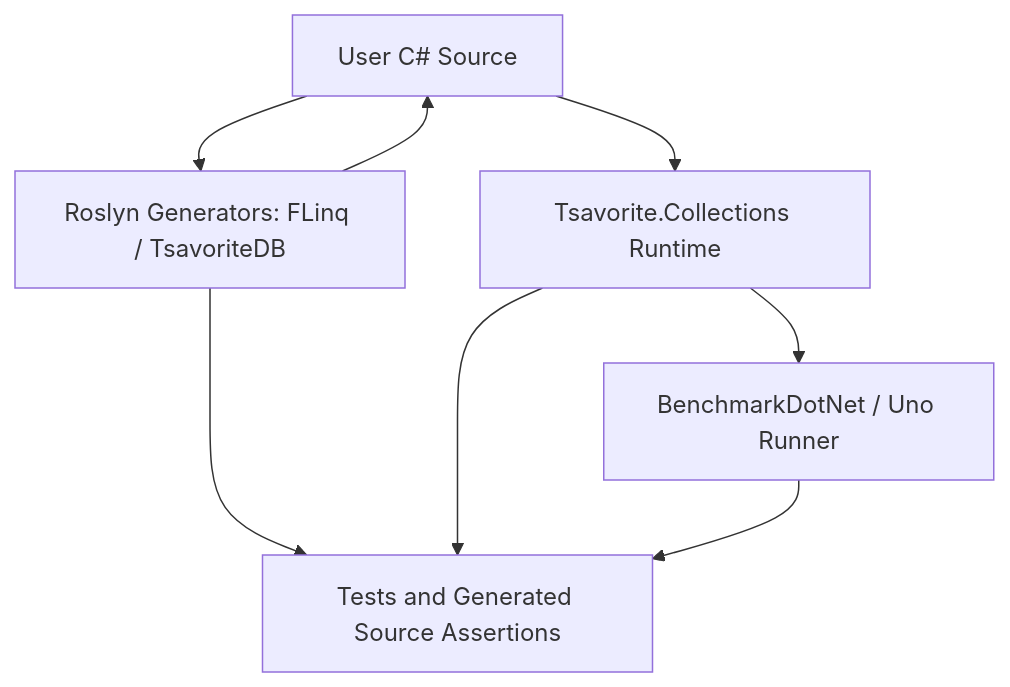
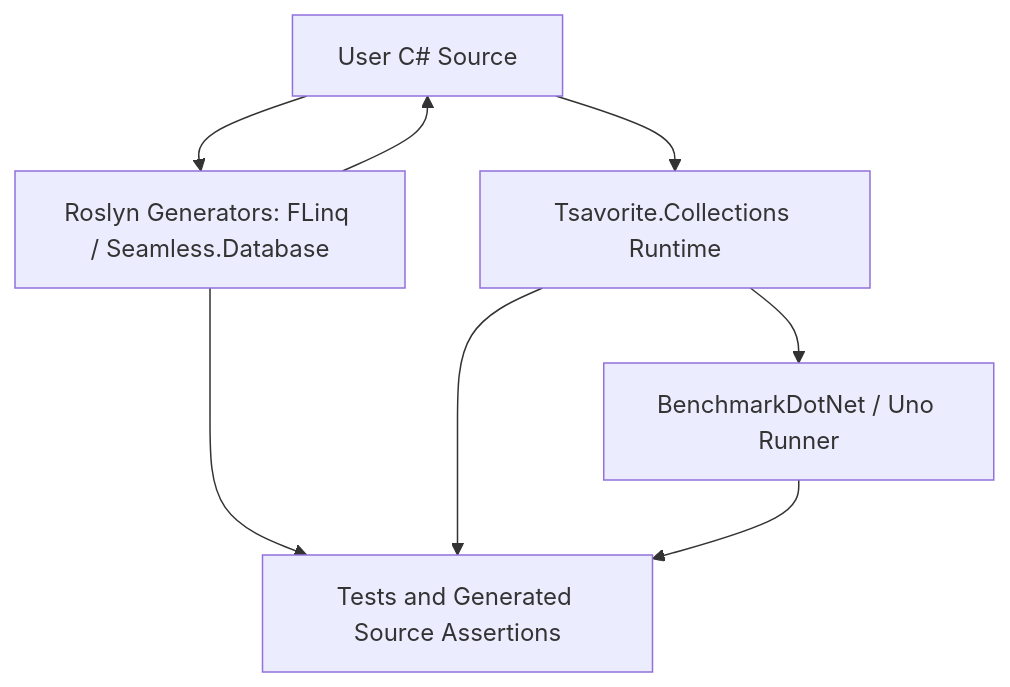
Before and after one commit to AloneCraft/Seamless: the diagram in Document/Code/Concept/CoreArchitecturePattern.md, drawn with Mermaid. The commit also changed other lines of this file and 709 other files, not shown here.

Commit message:
Chart表示

````diff
--- a/Document/Code/Concept/CoreArchitecturePattern.md
+++ b/Document/Code/Concept/CoreArchitecturePattern.md
@@ -21,16 +21,16 @@
 ```mermaid
 flowchart TD
     Source[User C# Source]
-    Generator[Roslyn Generators: FLinq / TsavoriteDB]
+    Generator[Roslyn Generators: FLinq / Seamless.Database]
     Runtime[Tsavorite.Collections Runtime]
     Tests[Tests and Generated Source Assertions]
     Bench[BenchmarkDotNet / Uno Runner]
 
     Source --> Generator
     Generator --> Source
     Source --> Runtime
     Runtime --> Bench
     Generator --> Tests
     Runtime --> Tests
     Bench --> Tests
 ```
````
